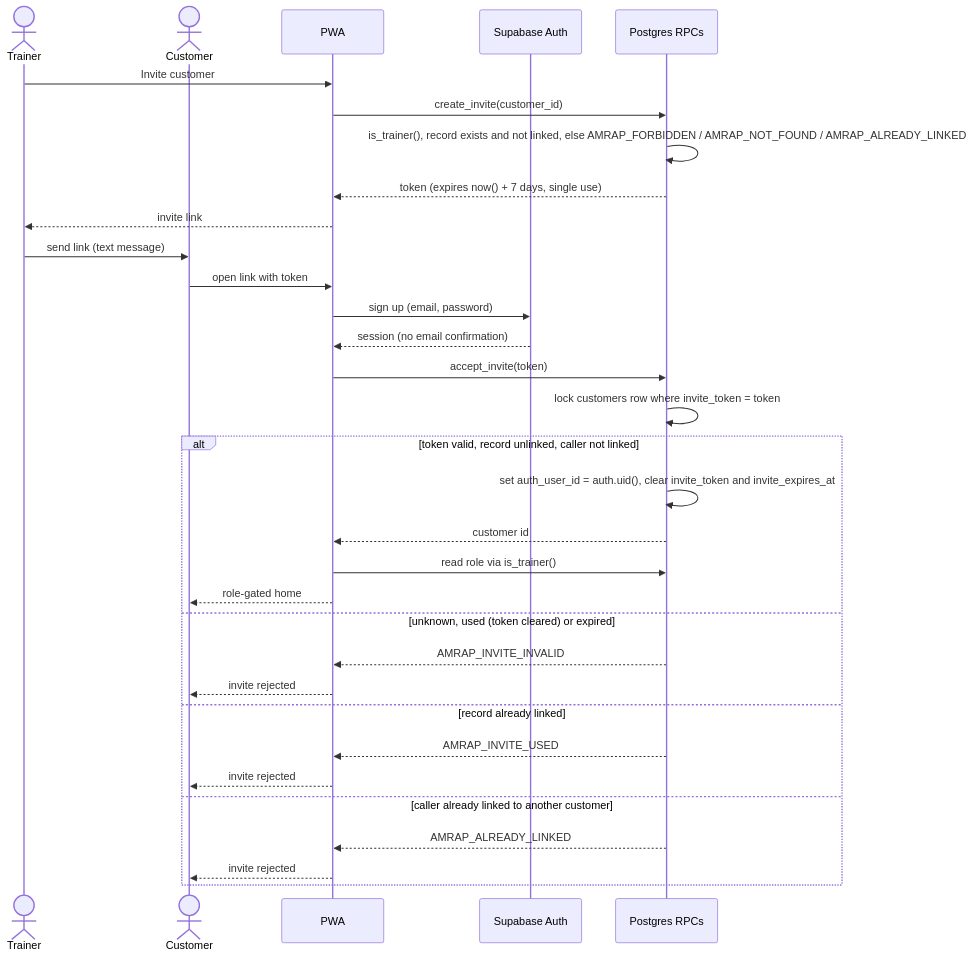
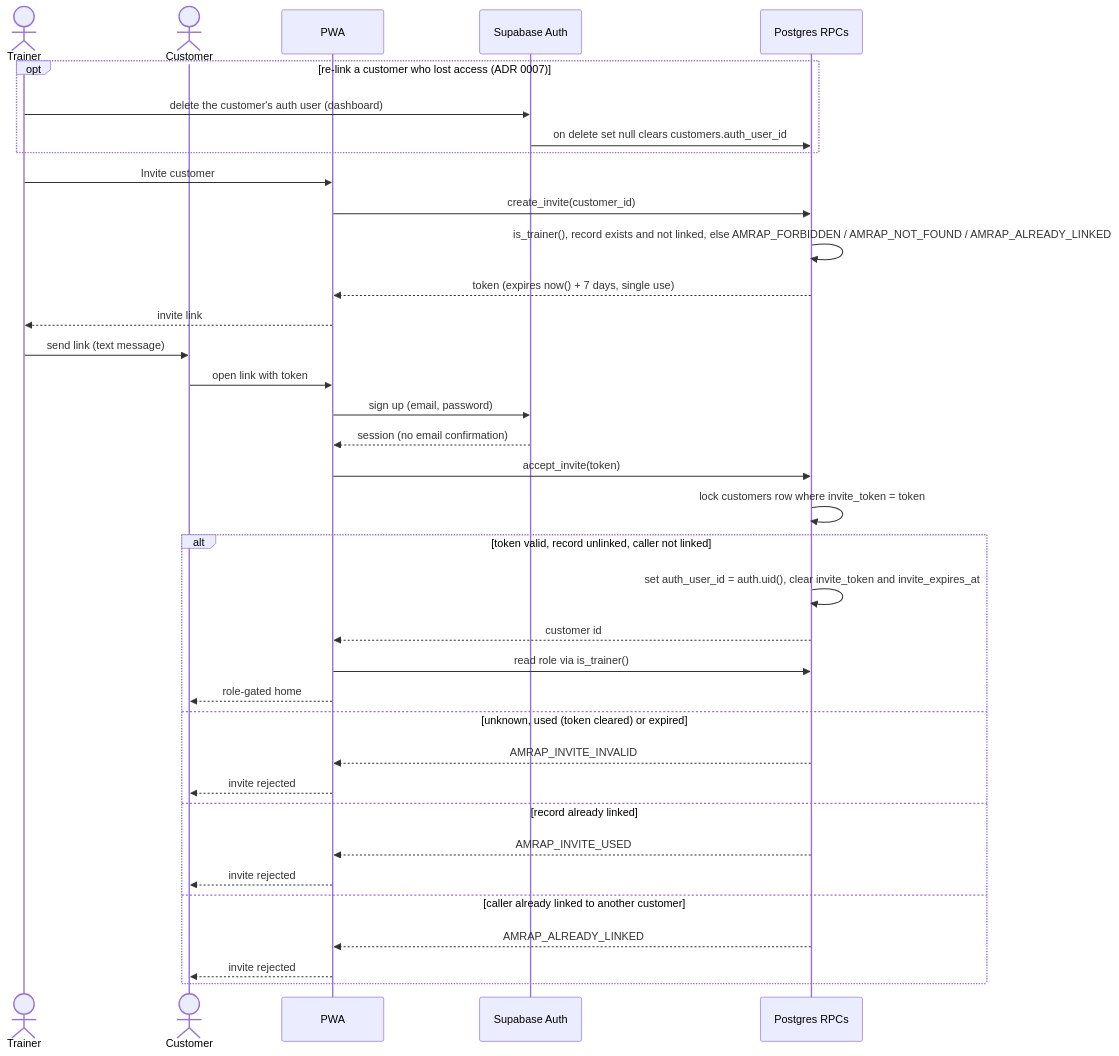
The diagram in docs/architecture/auth-invite-flow.md (JasaGlazar/amrap), drawn with Mermaid before and after one commit. The commit also changed other lines of this file and 5 other files, not shown here.

First line of the commit message:
docs: re-link path via auth user deletion (ADR 0007), DST note for book

````diff
--- a/docs/architecture/auth-invite-flow.md
+++ b/docs/architecture/auth-invite-flow.md
@@ -12,35 +17,39 @@
 ```mermaid
 sequenceDiagram
     actor T as Trainer
     actor C as Customer
     participant App as PWA
     participant Auth as Supabase Auth
     participant DB as Postgres RPCs
 
+    opt re-link a customer who lost access (ADR 0007)
+        T->>Auth: delete the customer's auth user (dashboard)
+        Auth->>DB: on delete set null clears customers.auth_user_id
+    end
     T->>App: Invite customer
     App->>DB: create_invite(customer_id)
     DB->>DB: is_trainer(), record exists and not linked, else AMRAP_FORBIDDEN / AMRAP_NOT_FOUND / AMRAP_ALREADY_LINKED
     DB-->>App: token (expires now() + 7 days, single use)
     App-->>T: invite link
     T->>C: send link (text message)
     C->>App: open link with token
     App->>Auth: sign up (email, password)
     Auth-->>App: session (no email confirmation)
     App->>DB: accept_invite(token)
     DB->>DB: lock customers row where invite_token = token
     alt token valid, record unlinked, caller not linked
         DB->>DB: set auth_user_id = auth.uid(), clear invite_token and invite_expires_at
         DB-->>App: customer id
         App->>DB: read role via is_trainer()
         App-->>C: role-gated home
     else unknown, used (token cleared) or expired
         DB-->>App: AMRAP_INVITE_INVALID
         App-->>C: invite rejected
     else record already linked
         DB-->>App: AMRAP_INVITE_USED
         App-->>C: invite rejected
     else caller already linked to another customer
         DB-->>App: AMRAP_ALREADY_LINKED
         App-->>C: invite rejected
     end
 ```
````
